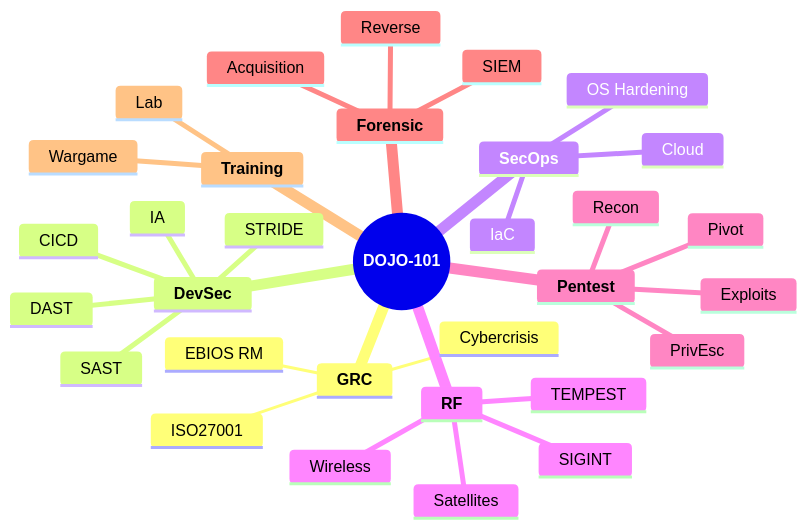
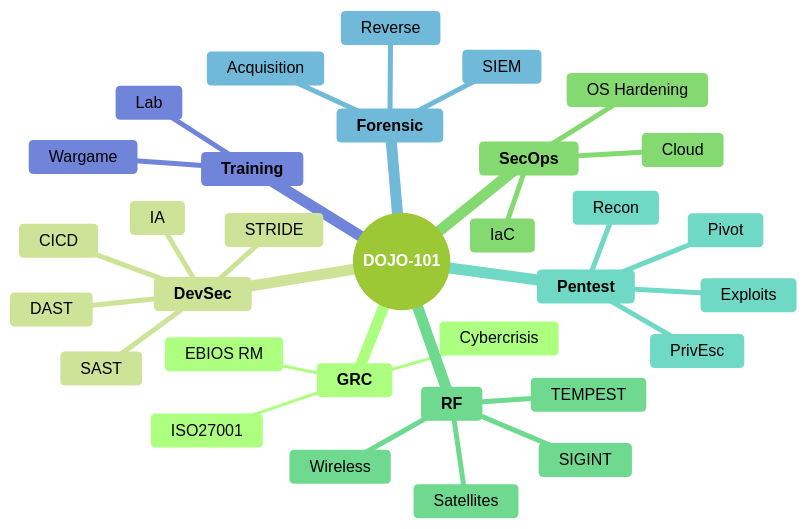
Before and after one commit to Aif4thah/Dojo-101: the diagram in README.md, drawn with Mermaid.

````diff
--- a/README.md
+++ b/README.md
@@ -26,43 +26,44 @@
 ```mermaid
+%%{ init: { "theme": "forest" } }%%
 mindmap
   root((**DOJO-101**))
 
       **GRC**
         ISO27001
         EBIOS RM
         Cybercrisis
     
     **DevSec**
         SAST
         DAST
         STRIDE
         CICD
         IA
 
     **SecOps**
         OS Hardening
         IaC
         Cloud
 
     **RF**
         TEMPEST
         SIGINT
         Wireless
         Satellites
 
     **Pentest**
         Recon
         Exploits
         PrivEsc
         Pivot
 
     **Forensic**
         Acquisition
         Reverse
         SIEM
 
     **Training**
         Lab
         Wargame
 
 ```
````
